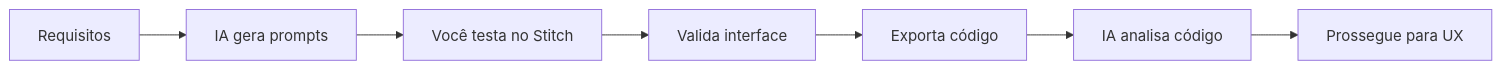
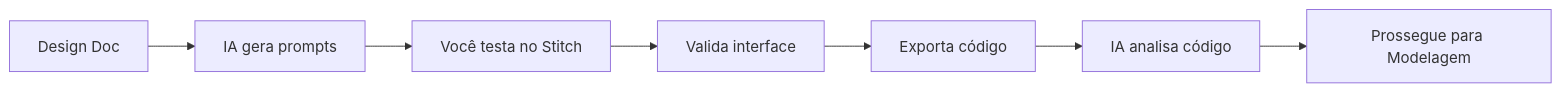
One commit to Matheus-Gama-deluna/Guia-dev-IA changed the diagram in content/specialists/Especialista em Prototipagem Rápida com Google Stitch.md. Above: the diagram before and after it, drawn with Mermaid. The commit also changed other lines of this file and 5 other files, not shown here.

Commit message:
Inversão da ordem para o ux design vir antes da prototipação.

````diff
--- a/content/specialists/Especialista em Prototipagem Rápida com Google Stitch.md
+++ b/content/specialists/Especialista em Prototipagem Rápida com Google Stitch.md
@@ -72,9 +74,9 @@
 ```mermaid
 flowchart LR
-    A[Requisitos] --> B[IA gera prompts]
+    A[Design Doc] --> B[IA gera prompts]
     B --> C[Você testa no Stitch]
     C --> D[Valida interface]
     D --> E[Exporta código]
     E --> F[IA analisa código]
-    F --> G[Prossegue para UX]
+    F --> G[Prossegue para Modelagem]
 ```
````
